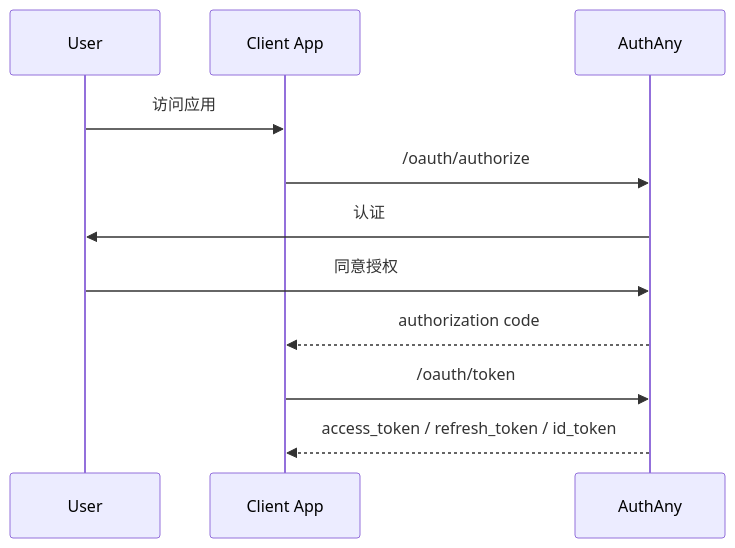
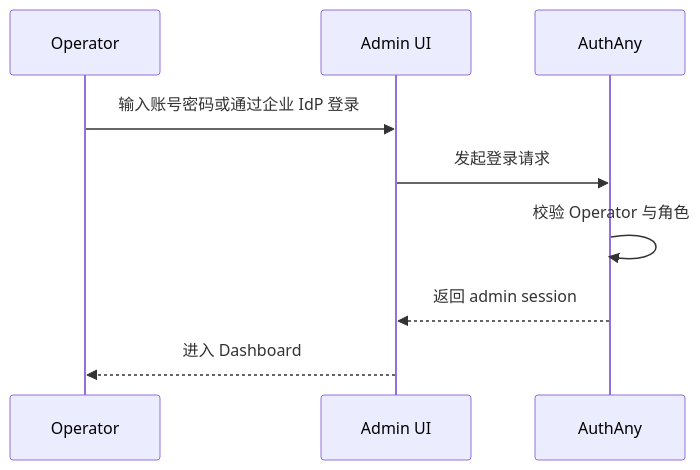
Before and after one commit to renxqoo/Authany: the first of 2 diagrams in specs/06-END-USER-FLOWS.md, drawn with Mermaid. The commit also changed other lines of this file and 310 other files, not shown here.

Commit message:
feat: harden security flows and reorganize example apps

````diff
--- a/specs/06-END-USER-FLOWS.md
+++ b/specs/06-END-USER-FLOWS.md
@@ -76,14 +11,12 @@
 ```mermaid
 sequenceDiagram
-    participant U as User
-    participant C as Client App
+    participant O as Operator
+    participant UI as Admin UI
     participant A as AuthAny
 
-    U->>C: 访问应用
-    C->>A: /oauth/authorize
-    A->>U: 认证
-    U->>A: 同意授权
-    A-->>C: authorization code
-    C->>A: /oauth/token
-    A-->>C: access_token / refresh_token / id_token
+    O->>UI: 输入账号密码或通过企业 IdP 登录
+    UI->>A: 发起登录请求
+    A->>A: 校验 Operator 与角色
+    A-->>UI: 返回 admin session
+    UI-->>O: 进入 Dashboard
 ```
````
